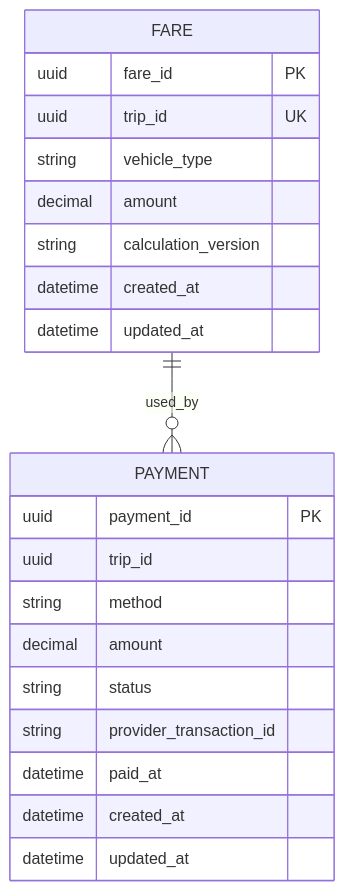
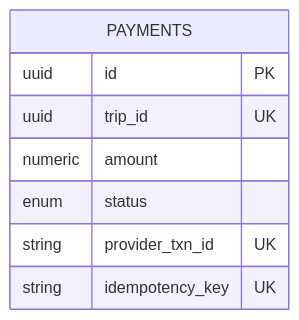
Before and after one commit to vthaix/23674231_TranVanThai_Cabsystem: the sixth of 7 diagrams in microservice_design.md, drawn with Mermaid. The commit also changed other lines of this file and 3 other files, not shown here.

````diff
--- a/microservice_design.md
+++ b/microservice_design.md
@@ -1629,25 +577,11 @@
 ```mermaid
 erDiagram
-    FARE ||--o{ PAYMENT : used_by
-
-    FARE {
-        uuid fare_id PK
+    PAYMENTS {
+        uuid id PK
         uuid trip_id UK
-        string vehicle_type
-        decimal amount
-        string calculation_version
-        datetime created_at
-        datetime updated_at
-    }
-    PAYMENT {
-        uuid payment_id PK
-        uuid trip_id
-        string method
-        decimal amount
-        string status
-        string provider_transaction_id
-        datetime paid_at
-        datetime created_at
-        datetime updated_at
+        numeric amount
+        enum status
+        string provider_txn_id UK
+        string idempotency_key UK
     }
 ```
````
